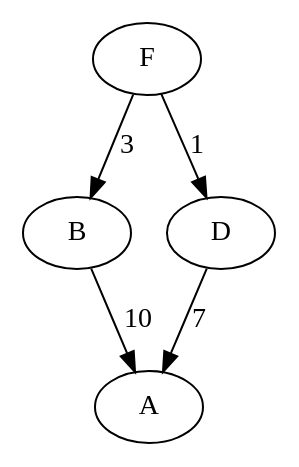
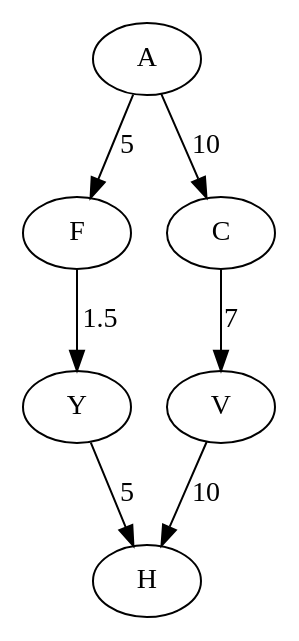
Before and after one commit to LerdPixel/mephi_labs: the diagram in lab4-sem3/graph.dot, drawn with Graphviz. The commit also changed 11 other files, not shown here.

```diff
--- a/lab4-sem3/graph.dot
+++ b/lab4-sem3/graph.dot
@@ -1,10 +1,14 @@
 digraph {
+V
 A
-B
 F
-D
-D -> A[label="7"]
-F -> B[label="3"]
-F -> D[label="1"]
-B -> A[label="10"]
+H
+Y
+C
+V -> H[label="10"]
+A -> C[label="10"]
+A -> F[label="5"]
+F -> Y[label="1.5"]
+Y -> H[label="5"]
+C -> V[label="7"]
 }
```
